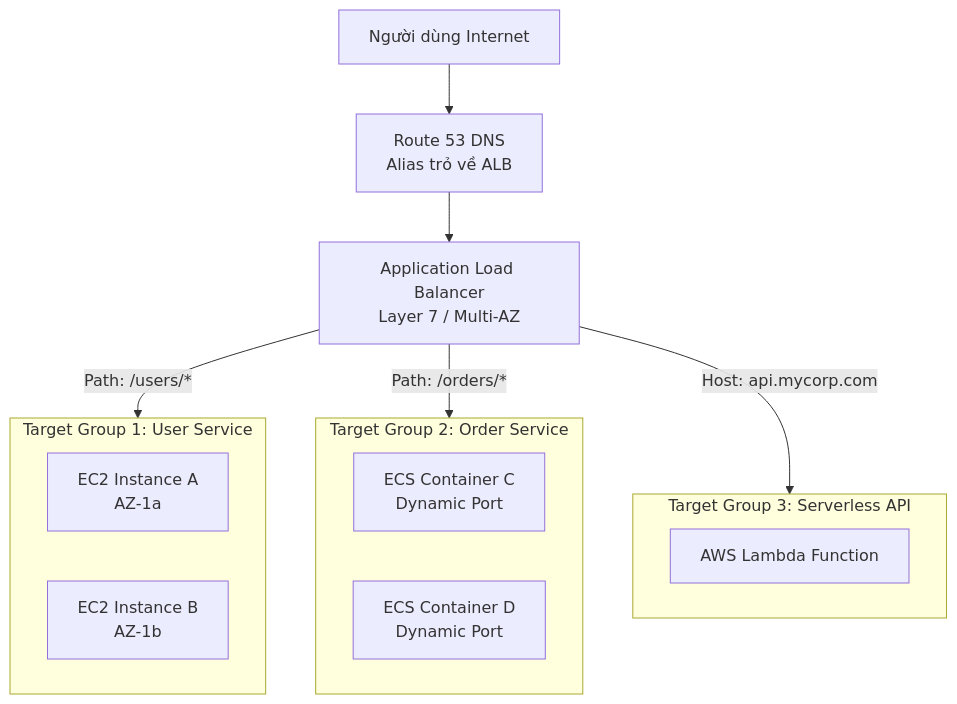
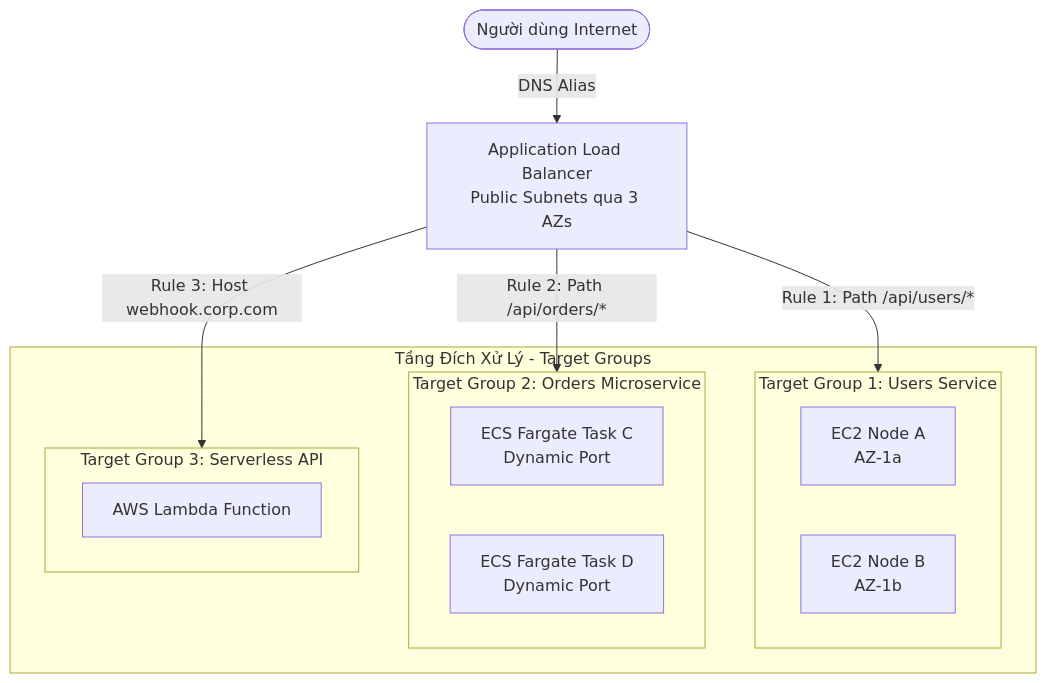
One commit to nhatphanhk/AWS_XBrain_Note changed the second of 5 diagrams in AWS_Services/ELB_and_ASG_High_Availability.md. Above: the diagram before and after it, drawn with Mermaid. The commit also changed other lines of this file and 15 other files, not shown here.

Commit message:
feat: add comprehensive AWS service notes and update README index

````diff
--- a/AWS_Services/ELB_and_ASG_High_Availability.md
+++ b/AWS_Services/ELB_and_ASG_High_Availability.md
@@ -26,23 +56,24 @@
 ```mermaid
 flowchart TD
-    Client[Người dùng Internet] --> DNS[Route 53 DNS\nAlias trỏ về ALB]
-    DNS --> ALB[Application Load Balancer\nLayer 7 / Multi-AZ]
+    User([Người dùng Internet]) -->|DNS Alias| ALB[Application Load Balancer\nPublic Subnets qua 3 AZs]
     
-    subgraph TargetGroup1[Target Group 1: User Service]
-        EC2_1[EC2 Instance A\nAZ-1a]
-        EC2_2[EC2 Instance B\nAZ-1b]
+    subgraph TargetGroups["Tầng Đích Xử Lý - Target Groups"]
+        subgraph TG_Users["Target Group 1: Users Service"]
+            EC2_A[EC2 Node A\nAZ-1a]
+            EC2_B[EC2 Node B\nAZ-1b]
+        end
+
+        subgraph TG_Orders["Target Group 2: Orders Microservice"]
+            ECS_1[ECS Fargate Task C\nDynamic Port]
+            ECS_2[ECS Fargate Task D\nDynamic Port]
+        end
+
+        subgraph TG_Serverless["Target Group 3: Serverless API"]
+            Lambda[AWS Lambda Function]
+        end
     end
 
-    subgraph TargetGroup2[Target Group 2: Order Service]
-        ECS_1[ECS Container C\nDynamic Port]
-        ECS_2[ECS Container D\nDynamic Port]
-    end
-
-    subgraph TargetGroup3[Target Group 3: Serverless API]
-        Lambda[AWS Lambda Function]
-    end
-
-    ALB -->|Path: /users/*| TargetGroup1
-    ALB -->|Path: /orders/*| TargetGroup2
-    ALB -->|Host: api.mycorp.com| TargetGroup3
+    ALB -->|Rule 1: Path /api/users/*| TG_Users
+    ALB -->|Rule 2: Path /api/orders/*| TG_Orders
+    ALB -->|Rule 3: Host webhook.corp.com| TG_Serverless
 ```
````
